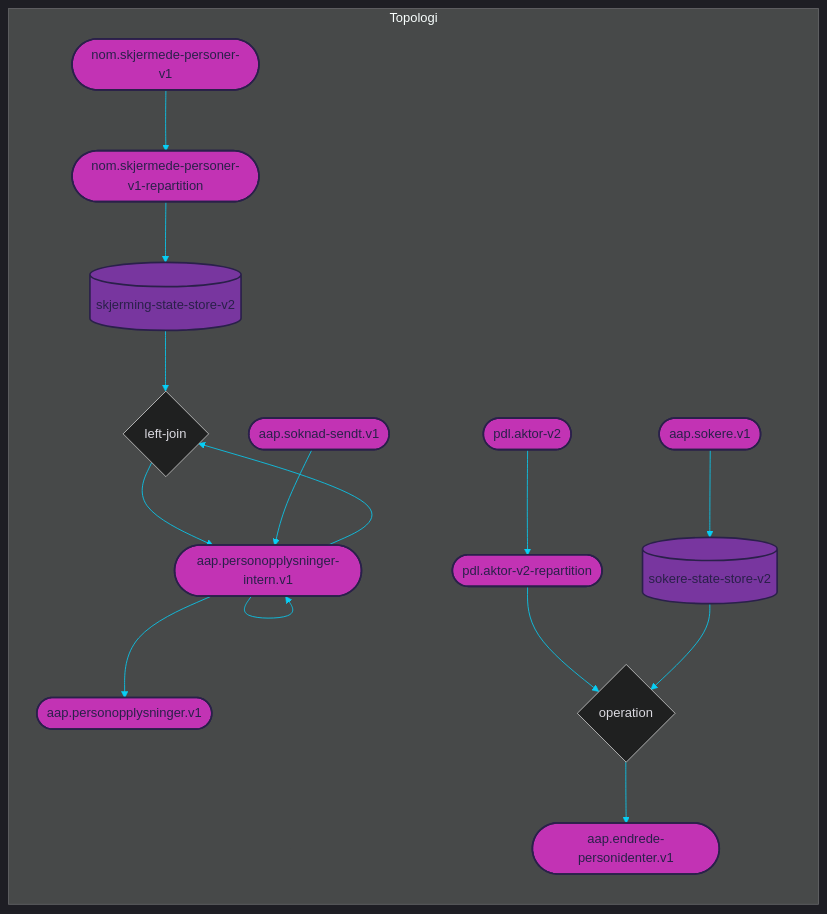
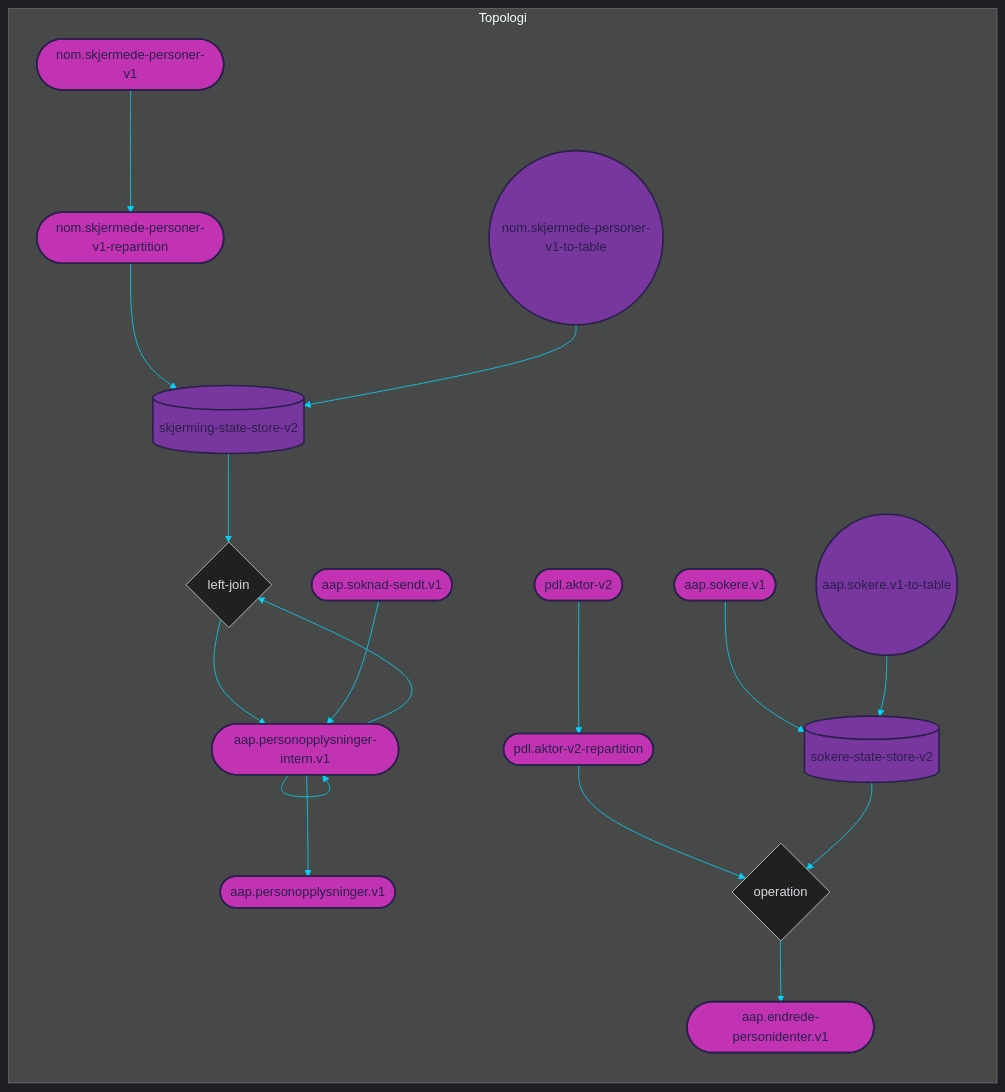
Before and after one commit to navikt/aap-personopplysninger: the diagram in docs/topology.mmd, drawn with Mermaid. The commit also changed other lines of this file and 2 other files, not shown here.

```diff
--- a/docs/topology.mmd
+++ b/docs/topology.mmd
@@ -1,85 +1,89 @@
 
 %%{init: {'theme': 'dark', 'themeVariables': { 'primaryColor': '#07cff6', 'textColor': '#dad9e0', 'lineColor': '#07cff6'}}}%%
 
 graph LR
 
 subgraph Topologi
     %% TOPICS
     nom.skjermede-personer-v1([nom.skjermede-personer-v1])
 	nom.skjermede-personer-v1-repartition([nom.skjermede-personer-v1-repartition])
 	aap.personopplysninger-intern.v1([aap.personopplysninger-intern.v1])
 	aap.personopplysninger.v1([aap.personopplysninger.v1])
 	pdl.aktor-v2-repartition([pdl.aktor-v2-repartition])
 	aap.sokere.v1([aap.sokere.v1])
 	aap.endrede-personidenter.v1([aap.endrede-personidenter.v1])
 	pdl.aktor-v2([pdl.aktor-v2])
 	aap.soknad-sendt.v1([aap.soknad-sendt.v1])
 
     %% JOINS
     aap.personopplysninger-intern.v1-left-join-nom.skjermede-personer-v1{left-join}
 
     %% STATE PROCESSORS
     stateful-operation-lookup-personidenter-pdl.aktor-v2{operation}
     
     %% STATE STORES
     skjerming-state-store-v2[(skjerming-state-store-v2)]
 	sokere-state-store-v2[(sokere-state-store-v2)]
     
     %% DATABASES
     
     
 
     %% PROCESSOR API JOBS
-    
+    nom.skjermede-personer-v1-to-table((nom.skjermede-personer-v1-to-table))
+	aap.sokere.v1-to-table((aap.sokere.v1-to-table))
     
     %% JOIN STREAMS
     aap.personopplysninger-intern.v1 --> aap.personopplysninger-intern.v1-left-join-nom.skjermede-personer-v1
 	skjerming-state-store-v2 --> aap.personopplysninger-intern.v1-left-join-nom.skjermede-personer-v1
 	aap.personopplysninger-intern.v1-left-join-nom.skjermede-personer-v1 --> aap.personopplysninger-intern.v1
 
     %% TABLE STREAMS
     nom.skjermede-personer-v1-repartition --> skjerming-state-store-v2
 	aap.sokere.v1 --> sokere-state-store-v2
 
     %% JOB STREAMS
-    
+    nom.skjermede-personer-v1-to-table --> skjerming-state-store-v2
+	aap.sokere.v1-to-table --> sokere-state-store-v2
     
     %% BRANCH STREAMS
-    aap.personopplysninger-intern.v1 --> aap.personopplysninger.v1
+    aap.personopplysninger-intern.v1 --> aap.personopplysninger-intern.v1
 	aap.personopplysninger-intern.v1 --> aap.personopplysninger-intern.v1
 	aap.personopplysninger-intern.v1 --> aap.personopplysninger-intern.v1
-	aap.personopplysninger-intern.v1 --> aap.personopplysninger-intern.v1
+	aap.personopplysninger-intern.v1 --> aap.personopplysninger.v1
 
     %% REPARTITION STREAMS
     
     
     %% BASIC STREAMS
     nom.skjermede-personer-v1 --> nom.skjermede-personer-v1-repartition
 	pdl.aktor-v2 --> pdl.aktor-v2-repartition
 	aap.soknad-sendt.v1 --> aap.personopplysninger-intern.v1
     
     %% CUSTOM PROCESS STREAMS
     pdl.aktor-v2-repartition --> stateful-operation-lookup-personidenter-pdl.aktor-v2
 	sokere-state-store-v2 --> stateful-operation-lookup-personidenter-pdl.aktor-v2
 	stateful-operation-lookup-personidenter-pdl.aktor-v2 --> aap.endrede-personidenter.v1
 end
 
 %% COLORS
 %% light    #dad9e0
 %% purple   #78369f
 %% pink     #c233b4
 %% dark     #2a204a
 %% blue     #07cff6
 
 %% STYLES
 style nom.skjermede-personer-v1 fill:#c233b4, stroke:#2a204a, stroke-width:2px, color:#2a204a
 style nom.skjermede-personer-v1-repartition fill:#c233b4, stroke:#2a204a, stroke-width:2px, color:#2a204a
 style aap.personopplysninger-intern.v1 fill:#c233b4, stroke:#2a204a, stroke-width:2px, color:#2a204a
 style aap.personopplysninger.v1 fill:#c233b4, stroke:#2a204a, stroke-width:2px, color:#2a204a
 style pdl.aktor-v2-repartition fill:#c233b4, stroke:#2a204a, stroke-width:2px, color:#2a204a
 style aap.sokere.v1 fill:#c233b4, stroke:#2a204a, stroke-width:2px, color:#2a204a
 style aap.endrede-personidenter.v1 fill:#c233b4, stroke:#2a204a, stroke-width:2px, color:#2a204a
 style pdl.aktor-v2 fill:#c233b4, stroke:#2a204a, stroke-width:2px, color:#2a204a
 style aap.soknad-sendt.v1 fill:#c233b4, stroke:#2a204a, stroke-width:2px, color:#2a204a
 style skjerming-state-store-v2 fill:#78369f, stroke:#2a204a, stroke-width:2px, color:#2a204a
 style sokere-state-store-v2 fill:#78369f, stroke:#2a204a, stroke-width:2px, color:#2a204a
+style nom.skjermede-personer-v1-to-table fill:#78369f, stroke:#2a204a, stroke-width:2px, color:#2a204a
+style aap.sokere.v1-to-table fill:#78369f, stroke:#2a204a, stroke-width:2px, color:#2a204a
```
